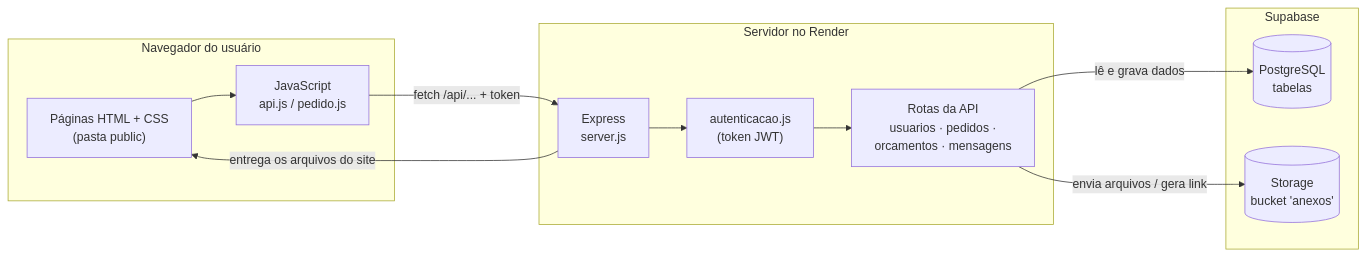
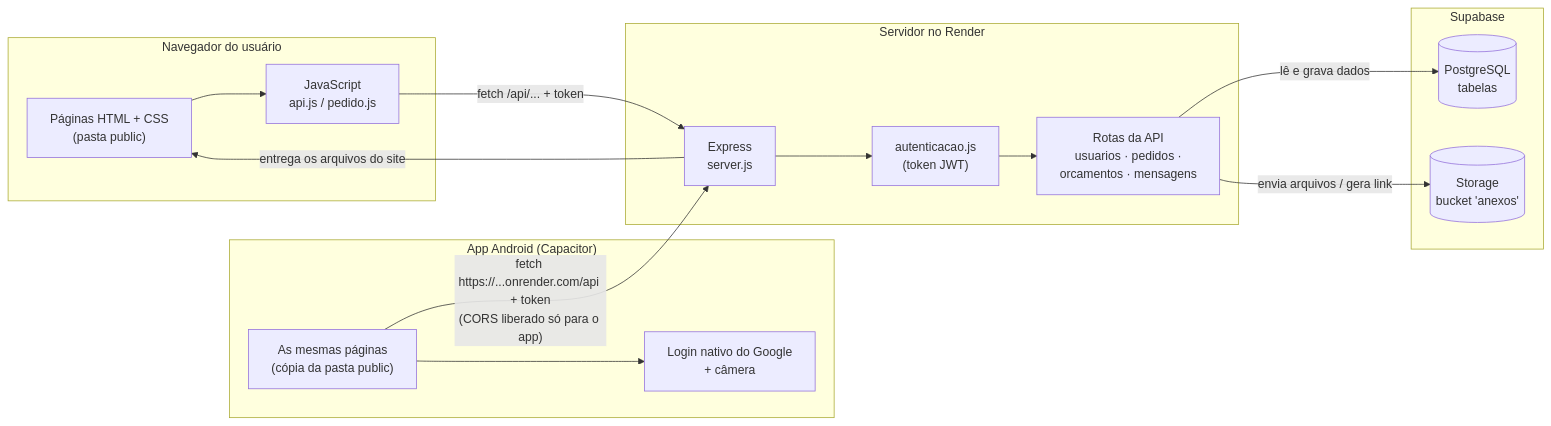
One commit to Maykilovyz/printhub3d changed the fifth of 7 diagrams in docs/diagramas.md. Above: the diagram before and after it, drawn with Mermaid. The commit also changed other lines of this file and 63 other files, not shown here.

First line of the commit message:
App Android com Capacitor usando a mesma API do site

````diff
--- a/docs/diagramas.md
+++ b/docs/diagramas.md
@@ -74,25 +97,32 @@
 ```mermaid
 flowchart LR
     subgraph Navegador["Navegador do usuário"]
         HTML["Páginas HTML + CSS<br/>(pasta public)"]
         JS["JavaScript<br/>api.js / pedido.js"]
+    end
+
+    subgraph Celular["App Android (Capacitor)"]
+        APPHTML["As mesmas páginas<br/>(cópia da pasta public)"]
+        NATIVO["Login nativo do Google<br/>+ câmera"]
     end
 
     subgraph Render["Servidor no Render"]
         EXP["Express<br/>server.js"]
         AUTH["autenticacao.js<br/>(token JWT)"]
         ROTAS["Rotas da API<br/>usuarios · pedidos ·<br/>orcamentos · mensagens"]
     end
 
     subgraph Supabase["Supabase"]
         DB[("PostgreSQL<br/>tabelas")]
         ST[("Storage<br/>bucket 'anexos'")]
     end
 
     HTML --> JS
     JS -- "fetch /api/... + token" --> EXP
     EXP --> AUTH --> ROTAS
     ROTAS -- "lê e grava dados" --> DB
     ROTAS -- "envia arquivos / gera link" --> ST
     EXP -- "entrega os arquivos do site" --> HTML
+    APPHTML --> NATIVO
+    APPHTML -- "fetch https://...onrender.com/api + token<br/>(CORS liberado só para o app)" --> EXP
 ```
````
